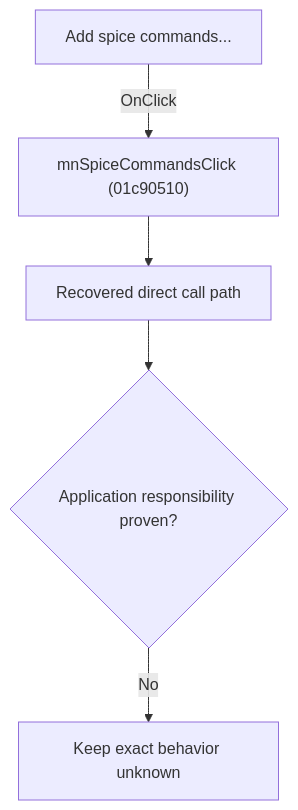
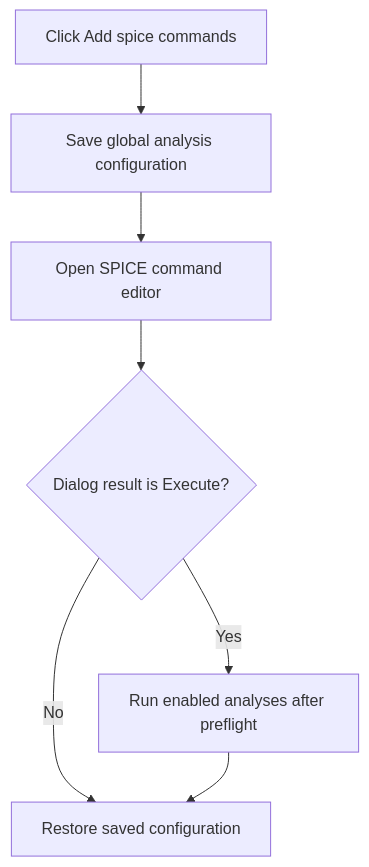
One commit to MovGP0/TIARA changed the diagram in docs/ui-controls/schematiceditor/mnspicecommands-a5e3b0f078.md. Above: the diagram before and after it, drawn with Mermaid. The commit also changed other lines of this file and 241 other files, not shown here.

````diff
--- a/docs/ui-controls/schematiceditor/mnspicecommands-a5e3b0f078.md
+++ b/docs/ui-controls/schematiceditor/mnspicecommands-a5e3b0f078.md
@@ -27,7 +27,9 @@
 ```mermaid
 flowchart TD
-    control["Add spice commands..."] -->|"OnClick"| handler["mnSpiceCommandsClick (01c90510)"]
-    handler --> recovered["Recovered direct call path"]
-    recovered --> gap{"Application responsibility proven?"}
-    gap -->|"No"| blocked["Keep exact behavior unknown"]
+    control["Click Add spice commands"] --> save["Save global analysis configuration"]
+    save --> dialog["Open SPICE command editor"]
+    dialog --> execute{"Dialog result is Execute?"}
+    execute -->|"Yes"| analyses["Run enabled analyses after preflight"]
+    execute -->|"No"| restore["Restore saved configuration"]
+    analyses --> restore
 ```
````
